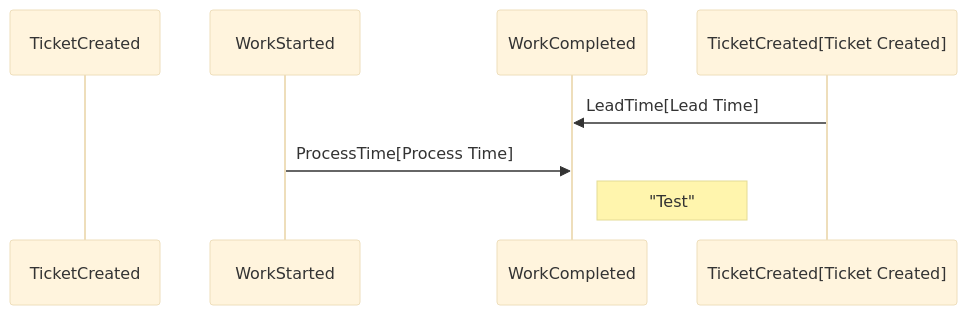
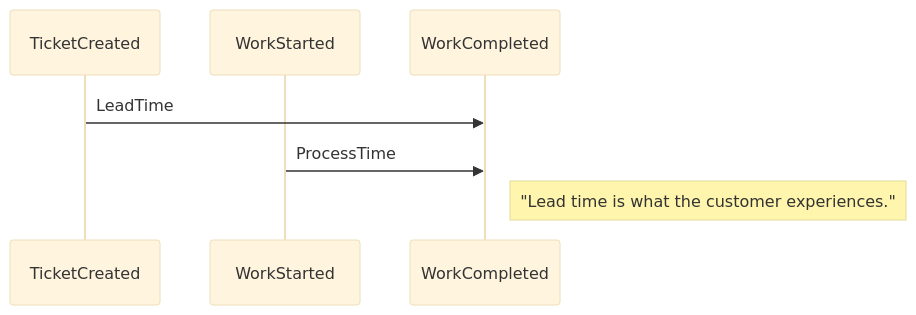
One commit to wayofthepie/notes changed the second of 2 diagrams in books/the_devops_handbook.md. Above: the diagram before and after it, drawn with Mermaid (base theme).

Commit message:
Add lead time note

````diff
--- a/books/the_devops_handbook.md
+++ b/books/the_devops_handbook.md
@@ -20,10 +20,10 @@
 ```mermaid
 %%{init: { 'sequence': {'messageAlign': 'left'} }}%%
 sequenceDiagram
     participant TicketCreated
     participant WorkStarted
     participant WorkCompleted
-    TicketCreated[Ticket Created]->>WorkCompleted: LeadTime[Lead Time]
-    WorkStarted->>WorkCompleted: ProcessTime[Process Time]
-    Note right of WorkCompleted: "Test"
+    TicketCreated->>WorkCompleted: LeadTime
+    WorkStarted->>WorkCompleted: ProcessTime
+    Note right of WorkCompleted: "Lead time is what the customer experiences."
 ```
````
